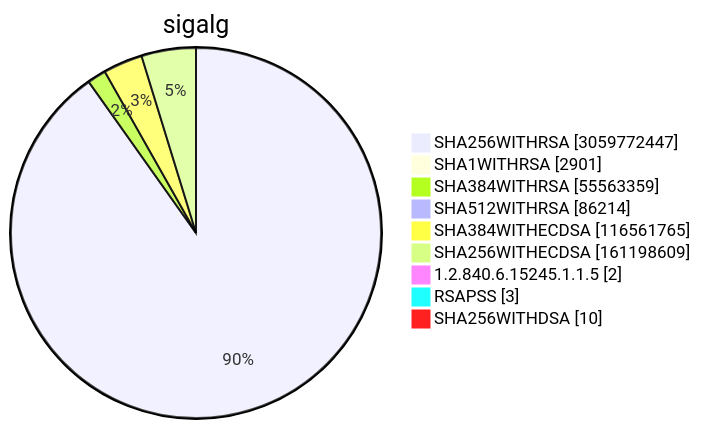
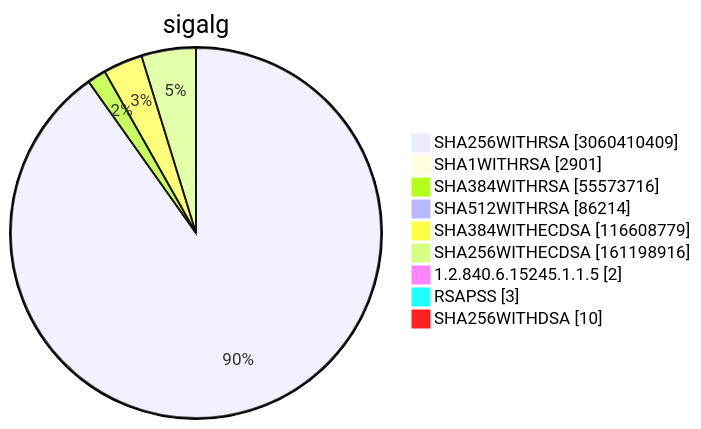
Diagram 15 of 15 in TOTAL/README.md (christiankrug/ctmonitor_visualization), drawn with Mermaid before and after one commit. The commit also changed other lines of this file, not shown here.

````diff
--- a/TOTAL/README.md
+++ b/TOTAL/README.md
@@ -6209,13 +6209,13 @@
 ```mermaid
 pie showData
 title sigalg
-"SHA256WITHRSA" :3059772447
+"SHA256WITHRSA" :3060410409
 "SHA1WITHRSA" :2901
-"SHA384WITHRSA" :55563359
+"SHA384WITHRSA" :55573716
 "SHA512WITHRSA" :86214
-"SHA384WITHECDSA" :116561765
-"SHA256WITHECDSA" :161198609
+"SHA384WITHECDSA" :116608779
+"SHA256WITHECDSA" :161198916
 "1.2.840.6.15245.1.1.5" :2
 "RSAPSS" :3
 "SHA256WITHDSA" :10
 ```
````
